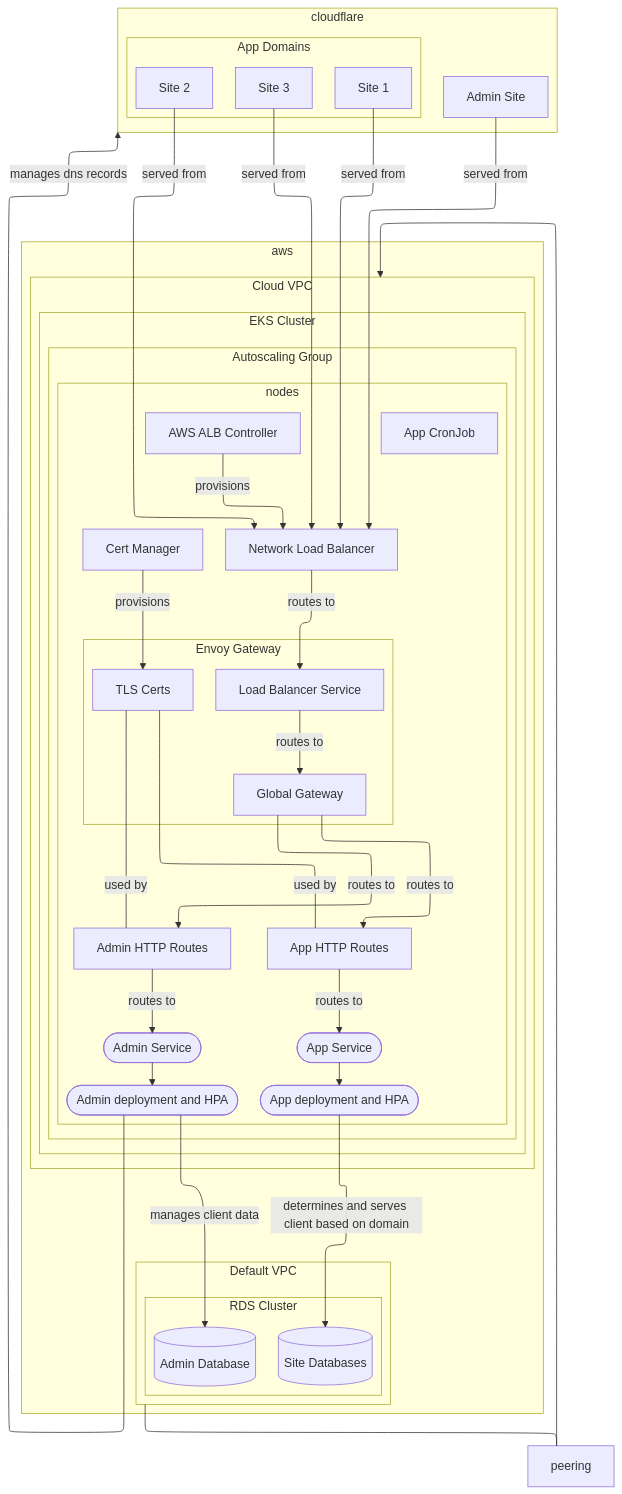
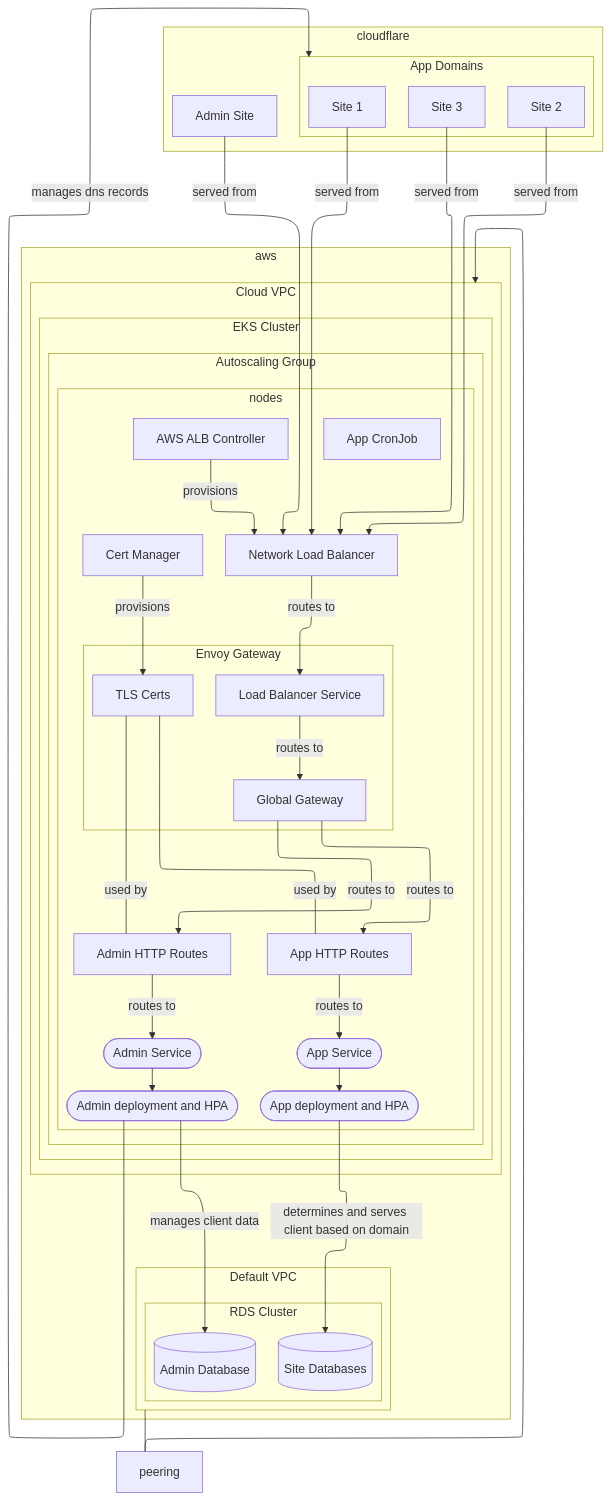
Before and after one commit to Azuka/my: the third of 3 diagrams in content/posts/post-0008-scaling-legacy-congregate.md, drawn with Mermaid.

Commit message:
update congregate diagram

````diff
--- a/content/posts/post-0008-scaling-legacy-congregate.md
+++ b/content/posts/post-0008-scaling-legacy-congregate.md
@@ -338,71 +338,71 @@
 ```mermaid
 ---
 config:
   layout: elk
   elk:
     mergeEdges: true
     nodePlacementStrategy: LINEAR_SEGMENTS
 ---
 flowchart TD
     subgraph db["RDS Cluster"]
         sitedbs[(Site Databases)]
         admindb[(Admin Database)]
     end
     subgraph defaultvpc["Default VPC"]
         db
     end
     subgraph aws
         defaultvpc
         cloudvpc
     end
     subgraph gw["Envoy Gateway"]
         lb["Load Balancer Service"]
         gateway["Global Gateway"]
         tls["TLS Certs"]
     end
     subgraph nodes
         awsalb["AWS ALB Controller"]
         cm["Cert Manager"]
         gw
         app(["App deployment and HPA"])
         svc(["App Service"])
         adminsvc(["Admin Service"])
         admin(["Admin deployment and HPA"])
         cron1["App CronJob"]
         apphttproutes["App HTTP Routes"]
         adminhttproutes["Admin HTTP Routes"]
         awsalb -- provisions --> nlb
         cm -- provisions --> tls
         svc --> app
         adminsvc --> admin
         lb -- routes to --> gateway
     end
     subgraph asg["Autoscaling Group"]
         nodes
     end
     subgraph cluster["EKS Cluster"]
         asg
     end
     subgraph cloudflare
         subgraph appdomains["App Domains"]
             site1["Site 1"]
             site2["Site 2"]
             site3["Site 3"]
         end
         adminsite["Admin Site"]
     end
     subgraph cloudvpc["Cloud VPC"]
         cluster
         nlb["Network Load Balancer"]
     end
     defaultvpc <--- peering --> cloudvpc
     tls -- used by --- apphttproutes & adminhttproutes
     site1 & site2 & site3 & adminsite -- served from --> nlb
     nlb -- routes to --> lb
     gateway -- routes to --> apphttproutes & adminhttproutes
     apphttproutes -- routes to --> svc
     adminhttproutes -- routes to --> adminsvc
     app -- determines and serves client based on domain --> sitedbs
     admin -- manages client data --> admindb
-    admin -- manages dns records ----> cloudflare
+    admin -- manages dns records ----> appdomains
 ```
````
